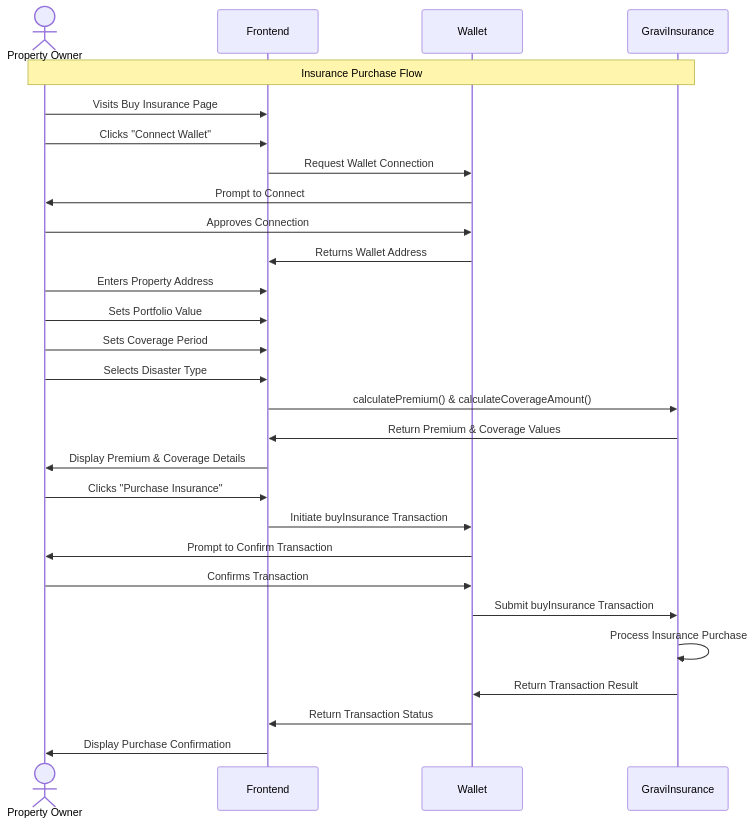
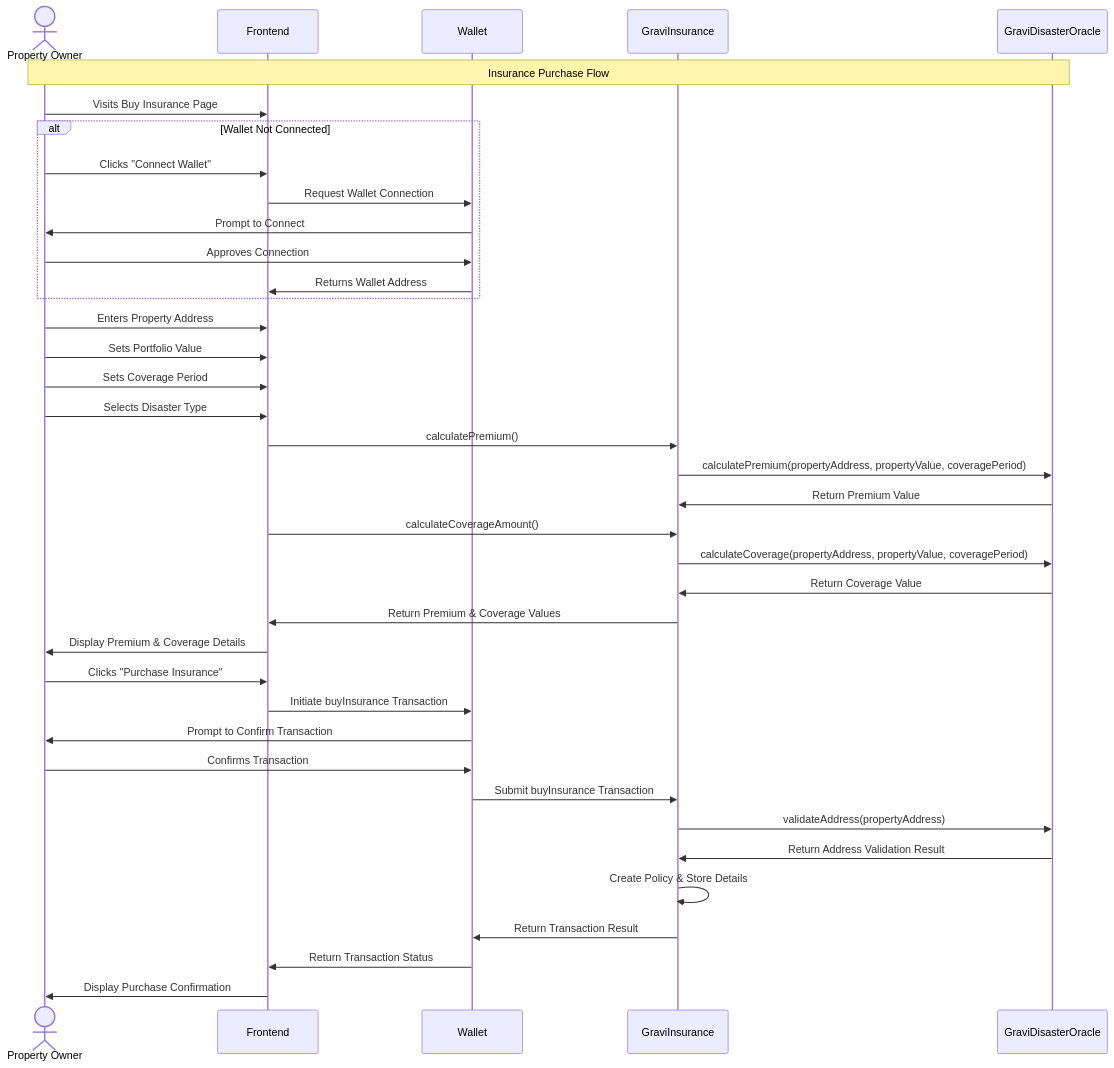
The diagram in docs/sequence-diagrams/insurance/insurance-purchase.mmd (AndrewZZJ/dapp-defiying-gravity), drawn with Mermaid before and after one commit. The commit also changed 6 other files, not shown here.

Commit message:
updated sequence and contract API docs

```diff
--- a/docs/sequence-diagrams/insurance/insurance-purchase.mmd
+++ b/docs/sequence-diagrams/insurance/insurance-purchase.mmd
@@ -1,33 +1,48 @@
 sequenceDiagram
     actor User as Property Owner
     participant Frontend
     participant Wallet as Wallet
     participant Contract as GraviInsurance
+    participant Oracle as GraviDisasterOracle
 
     %% Buy Insurance Flow
-    Note over User, Contract: Insurance Purchase Flow
+    Note over User, Oracle: Insurance Purchase Flow
     User->>Frontend: Visits Buy Insurance Page
+    
+    alt Wallet Not Connected
     User->>Frontend: Clicks "Connect Wallet"
     Frontend->>Wallet: Request Wallet Connection
     Wallet->>User: Prompt to Connect
     User->>Wallet: Approves Connection
     Wallet->>Frontend: Returns Wallet Address
-    
+    end
+
     User->>Frontend: Enters Property Address
     User->>Frontend: Sets Portfolio Value
     User->>Frontend: Sets Coverage Period
     User->>Frontend: Selects Disaster Type
     
-    Frontend->>Contract: calculatePremium() & calculateCoverageAmount()
+    Frontend->>Contract: calculatePremium()
+    Contract->>Oracle: calculatePremium(propertyAddress, propertyValue, coveragePeriod)
+    Oracle->>Contract: Return Premium Value
+    
+    Frontend->>Contract: calculateCoverageAmount()
+    Contract->>Oracle: calculateCoverage(propertyAddress, propertyValue, coveragePeriod)
+    Oracle->>Contract: Return Coverage Value
+    
     Contract->>Frontend: Return Premium & Coverage Values
     Frontend->>User: Display Premium & Coverage Details
     
     User->>Frontend: Clicks "Purchase Insurance"
     Frontend->>Wallet: Initiate buyInsurance Transaction
     Wallet->>User: Prompt to Confirm Transaction
     User->>Wallet: Confirms Transaction
     Wallet->>Contract: Submit buyInsurance Transaction
-    Contract->>Contract: Process Insurance Purchase
+    
+    Contract->>Oracle: validateAddress(propertyAddress)
+    Oracle->>Contract: Return Address Validation Result
+    
+    Contract->>Contract: Create Policy & Store Details
     Contract->>Wallet: Return Transaction Result
     Wallet->>Frontend: Return Transaction Status
     Frontend->>User: Display Purchase Confirmation
```
